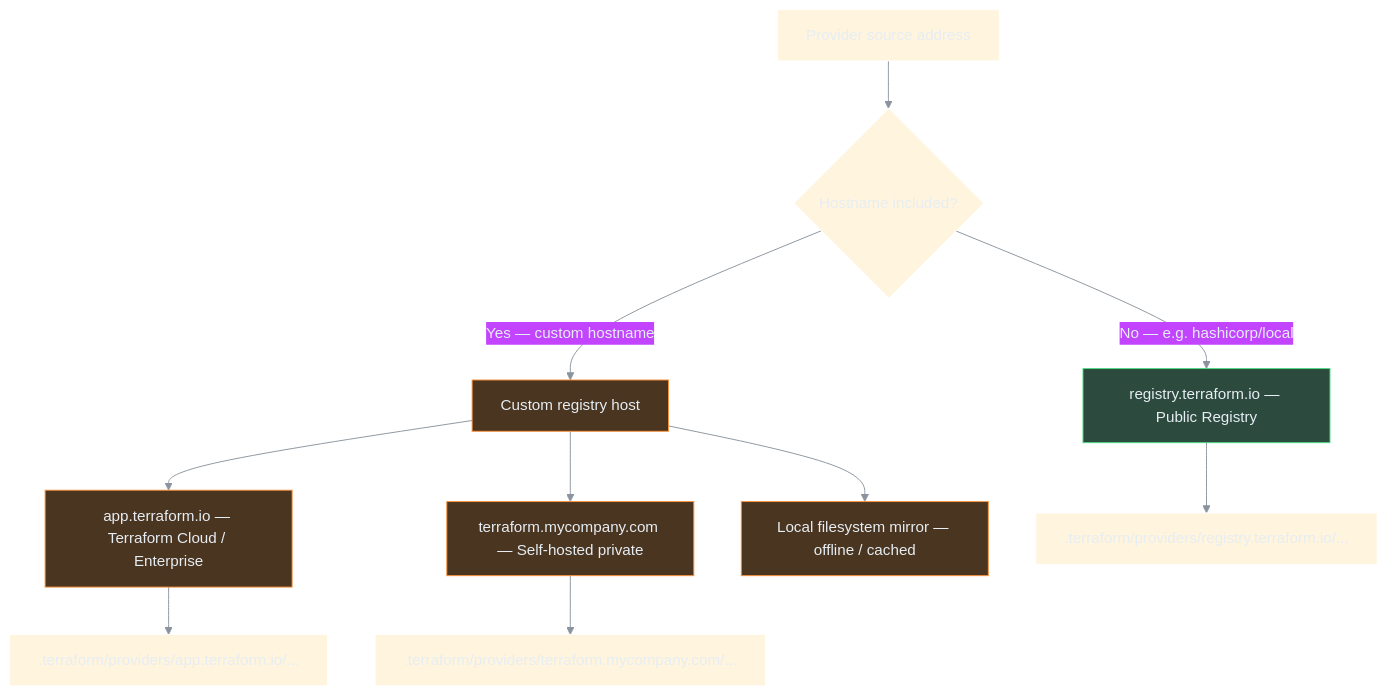
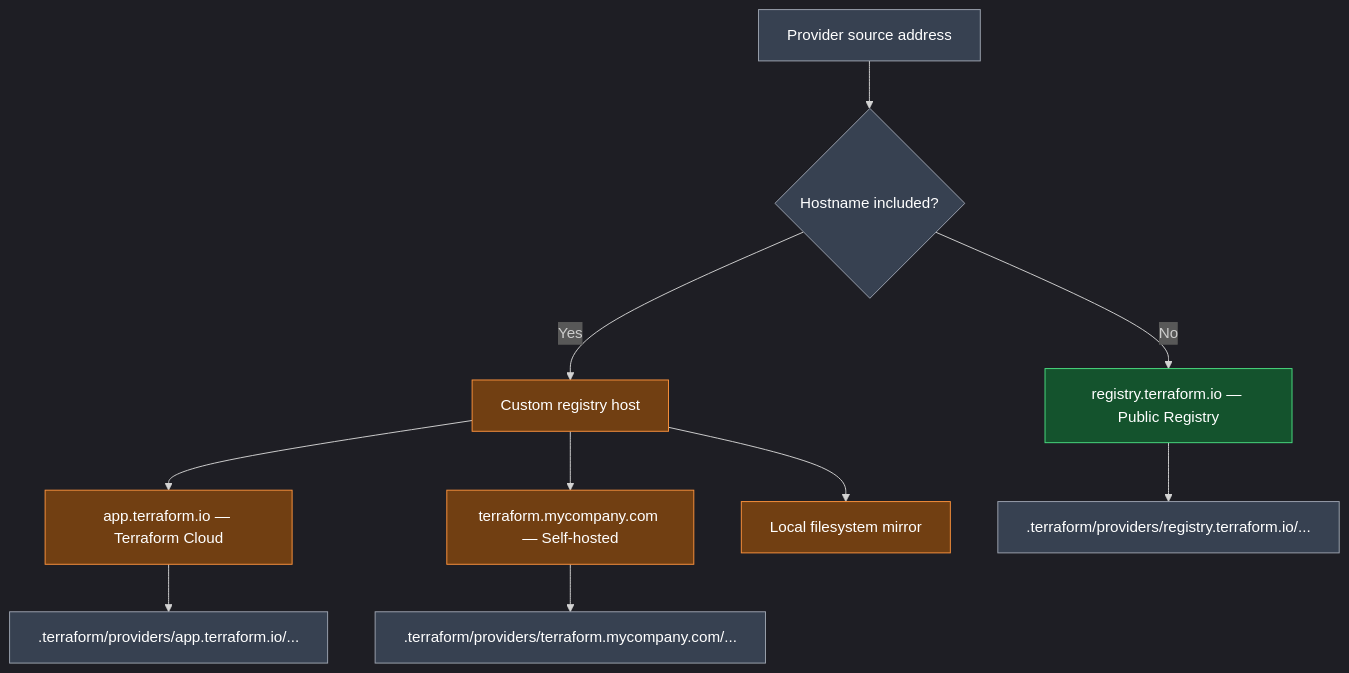
The sixth of 9 diagrams in 04_Core_Terraform_Basics/01_Terraform_Provider.md (nirajp82/Terraform_Basics), drawn with Mermaid before and after one commit. The commit also changed other lines of this file and 1 other file, not shown here.

Commit message:
Update Diagram

````diff
--- a/04_Core_Terraform_Basics/01_Terraform_Provider.md
+++ b/04_Core_Terraform_Basics/01_Terraform_Provider.md
@@ -177,20 +184,24 @@
 ```mermaid
-%%{init: {'theme': 'base', 'themeVariables': {'darkMode': true, 'background': 'transparent', 'primaryTextColor': '#e6edf3', 'lineColor': '#8b949e'}}}%%
+%%{init: {'theme': 'dark'}}%%
 flowchart TD
     ADDR["Provider source address"] --> Q{"Hostname included?"}
-    Q -->|No — e.g. hashicorp/local| PUB["registry.terraform.io — Public Registry"]
-    Q -->|Yes — custom hostname| CUSTOM["Custom registry host"]
-
-    CUSTOM --> TFE["app.terraform.io — Terraform Cloud / Enterprise"]
-    CUSTOM --> SELF["terraform.mycompany.com — Self-hosted private"]
-    CUSTOM --> MIRROR["Local filesystem mirror — offline / cached"]
-
+    Q -->|No| PUB["registry.terraform.io — Public Registry"]
+    Q -->|Yes| CUSTOM["Custom registry host"]
+    CUSTOM --> TFE["app.terraform.io — Terraform Cloud"]
+    CUSTOM --> SELF["terraform.mycompany.com — Self-hosted"]
+    CUSTOM --> MIRROR["Local filesystem mirror"]
     PUB --> PATH1[".terraform/providers/registry.terraform.io/..."]
     TFE --> PATH2[".terraform/providers/app.terraform.io/..."]
     SELF --> PATH3[".terraform/providers/terraform.mycompany.com/..."]
 
-    classDef success fill:#2d4a3e,stroke:#4ade80,color:#e6edf3
-    classDef warn fill:#4a3520,stroke:#fb923c,color:#e6edf3
-    class PUB success
-    class CUSTOM,TFE,SELF,MIRROR warn
+    style ADDR fill:#374151,stroke:#9ca3af,color:#ffffff
+    style Q fill:#374151,stroke:#9ca3af,color:#ffffff
+    style PUB fill:#14532d,stroke:#4ade80,color:#ffffff
+    style CUSTOM fill:#713f12,stroke:#fb923c,color:#ffffff
+    style TFE fill:#713f12,stroke:#fb923c,color:#ffffff
+    style SELF fill:#713f12,stroke:#fb923c,color:#ffffff
+    style MIRROR fill:#713f12,stroke:#fb923c,color:#ffffff
+    style PATH1 fill:#374151,stroke:#9ca3af,color:#ffffff
+    style PATH2 fill:#374151,stroke:#9ca3af,color:#ffffff
+    style PATH3 fill:#374151,stroke:#9ca3af,color:#ffffff
 ```
````
